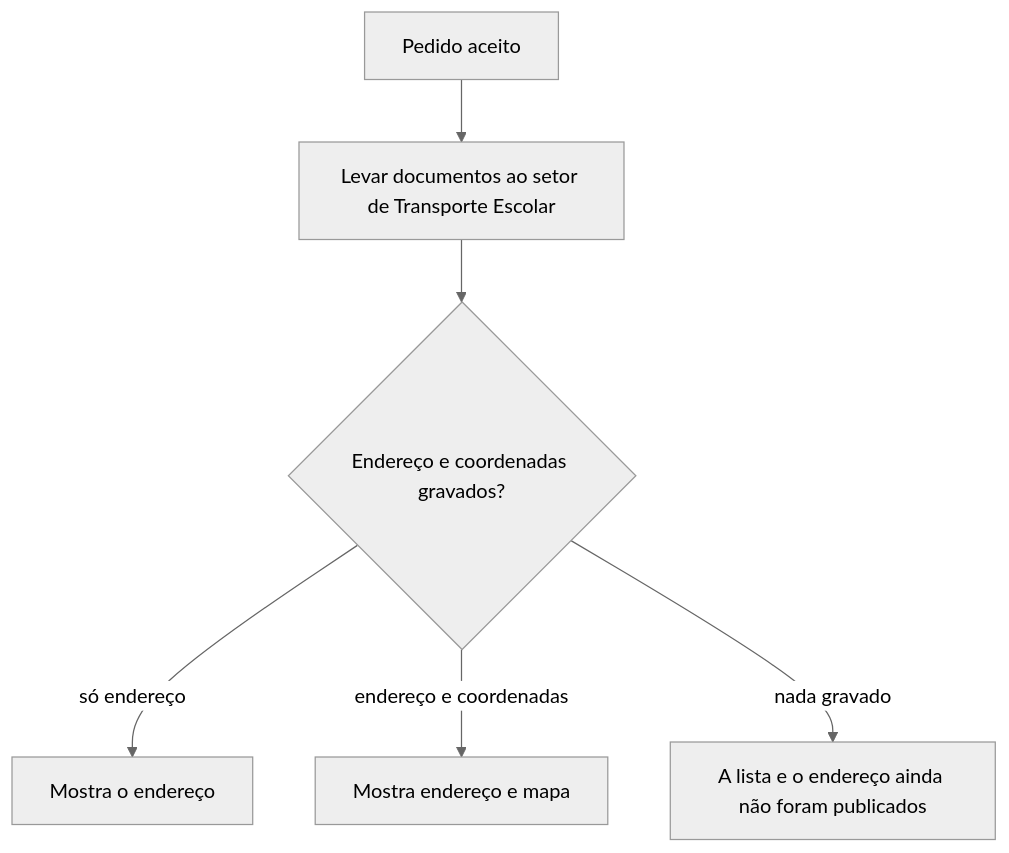
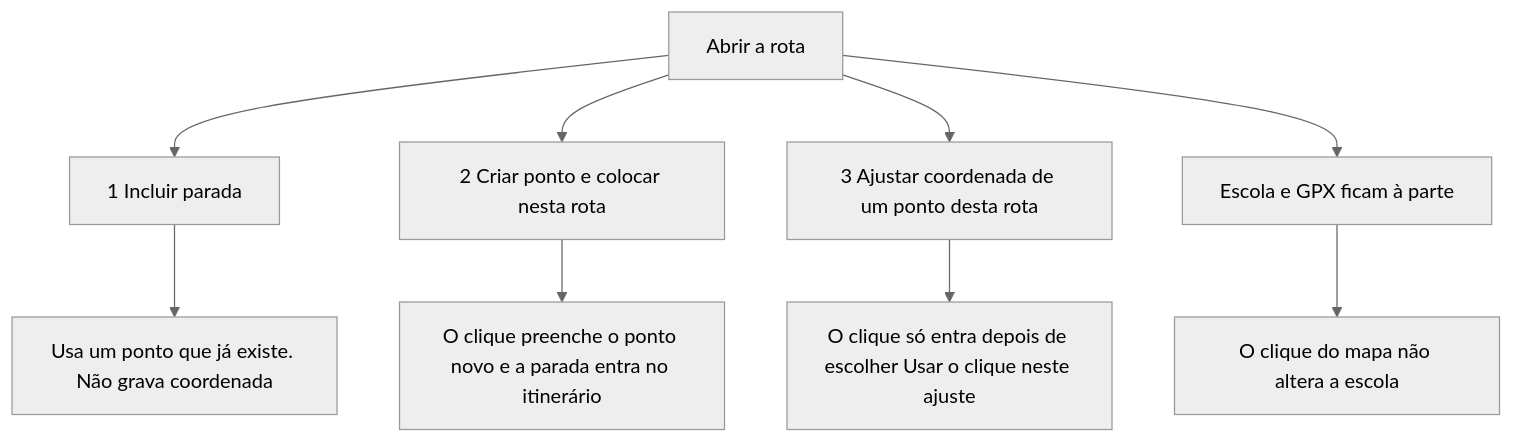
Before and after one commit to i-Educar/i-educar-transporte-escolar-v2-package: the fifth of 6 diagrams in docs/FLUXOS.md, drawn with Mermaid (neutral theme). The commit also changed other lines of this file and 56 other files, not shown here.

First line of the commit message:
feat(transporte): publicar a versão 1.3 com processos, documentos e painel

````diff
--- a/docs/FLUXOS.md
+++ b/docs/FLUXOS.md
@@ -60,8 +91,11 @@
 ```mermaid
 flowchart TD
-    A["Pedido aceito"] --> B["Levar documentos ao setor de Transporte Escolar"]
-    B --> C{"Endereço e coordenadas gravados?"}
-    C -->|só endereço| D["Mostra o endereço"]
-    C -->|endereço e coordenadas| E["Mostra endereço e mapa"]
-    C -->|nada gravado| F["A lista e o endereço ainda não foram publicados"]
+    A["Abrir a rota"] --> B["1 Incluir parada"]
+    A --> C["2 Criar ponto e colocar nesta rota"]
+    A --> D["3 Ajustar coordenada de um ponto desta rota"]
+    B --> E["Usa um ponto que já existe. Não grava coordenada"]
+    C --> F["O clique preenche o ponto novo e a parada entra no itinerário"]
+    D --> G["O clique só entra depois de escolher Usar o clique neste ajuste"]
+    A --> H["Escola e GPX ficam à parte"]
+    H --> I["O clique do mapa não altera a escola"]
 ```
````
